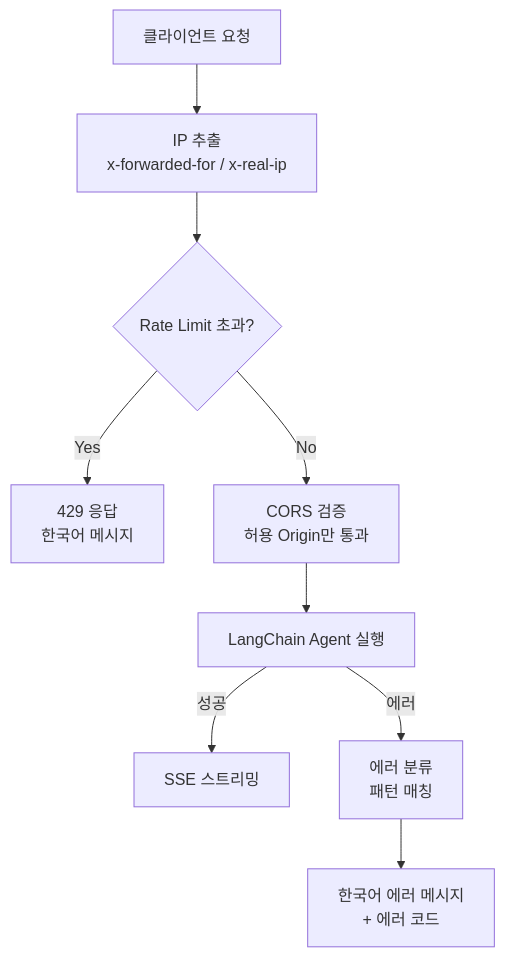
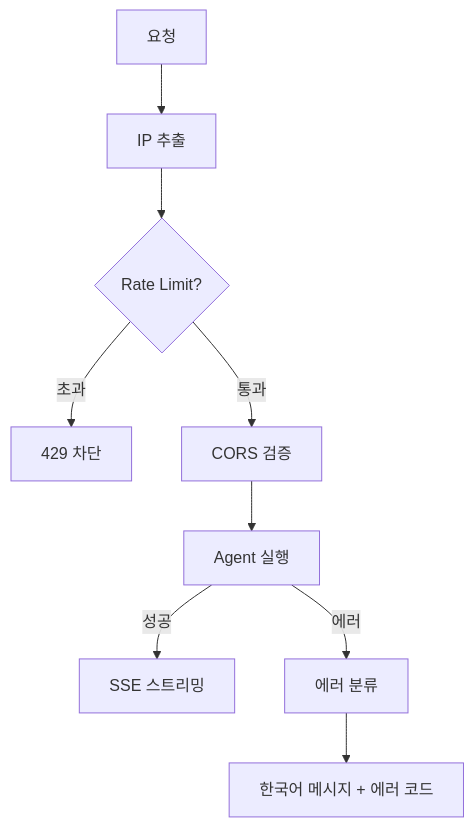
One commit to genie49/genie-cv changed the diagram in data/content/notes/chatbot-defensive-ops.md. Above: the diagram before and after it, drawn with Mermaid. The commit also changed other lines of this file and 2 other files, not shown here.

````diff
--- a/data/content/notes/chatbot-defensive-ops.md
+++ b/data/content/notes/chatbot-defensive-ops.md
@@ -107,11 +25,11 @@
 ```mermaid
 flowchart TB
-    Request[클라이언트 요청] --> IP["IP 추출<br/>x-forwarded-for / x-real-ip"]
-    IP --> RateCheck{Rate Limit 초과?}
-    RateCheck -->|Yes| Block["429 응답<br/>한국어 메시지"]
-    RateCheck -->|No| CORS["CORS 검증<br/>허용 Origin만 통과"]
-    CORS --> Agent[LangChain Agent 실행]
-    Agent -->|성공| Stream[SSE 스트리밍]
-    Agent -->|에러| Classify["에러 분류<br/>패턴 매칭"]
-    Classify --> UserMsg["한국어 에러 메시지<br/>+ 에러 코드"]
+    Request["요청"] --> IP["IP 추출"]
+    IP --> Rate{Rate Limit?}
+    Rate -->|초과| Block["429 차단"]
+    Rate -->|통과| CORS["CORS 검증"]
+    CORS --> Agent["Agent 실행"]
+    Agent -->|성공| Stream["SSE 스트리밍"]
+    Agent -->|에러| Classify["에러 분류"]
+    Classify --> Msg["한국어 메시지 + 에러 코드"]
 ```
````
